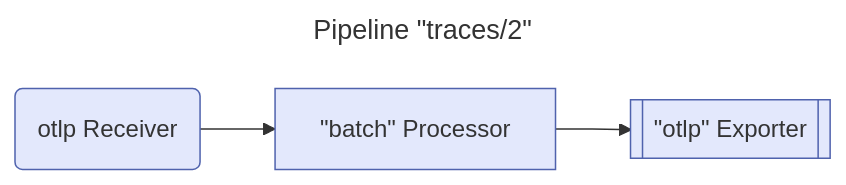
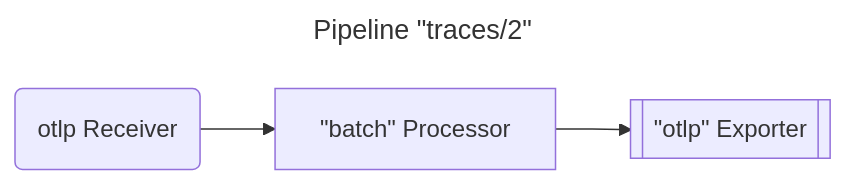
Before and after one commit to open-telemetry/opentelemetry.io: the fifth of 7 diagrams in content/en/docs/collector/architecture.md, drawn with Mermaid. The commit also changed other lines of this file, not shown here.

Commit message:
Make collector mermaid diagrams darkmode compatible

````diff
--- a/content/en/docs/collector/architecture.md
+++ b/content/en/docs/collector/architecture.md
@@ -256,10 +247,8 @@
 ```mermaid
 ---
 title: Pipeline "traces/2"
 ---
 flowchart LR
-    R1("`otlp Receiver`") --> P1["`#quot;batch#quot; Processor`"]
-    P1 --> E1[["`#quot;otlp#quot; Exporter`"]]
-
-    classDef default fill:#e3e8fc,stroke:#4f62ad;
+  R1("`otlp Receiver`") --> P1["`#quot;batch#quot; Processor`"]
+  P1 --> E1[["`#quot;otlp#quot; Exporter`"]]
 ```
````
